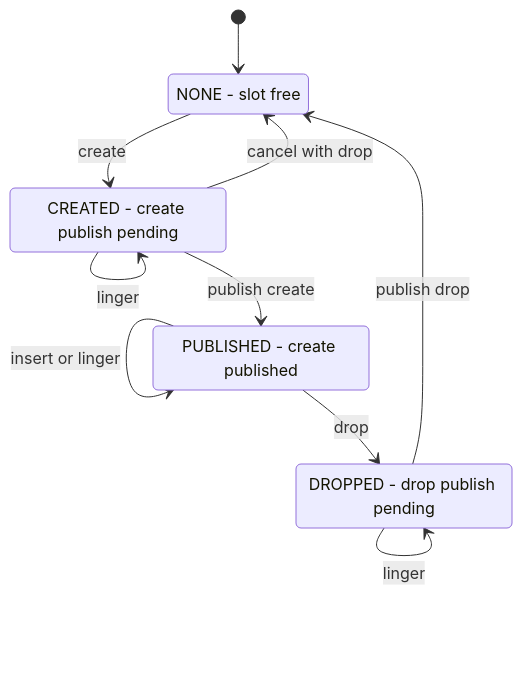
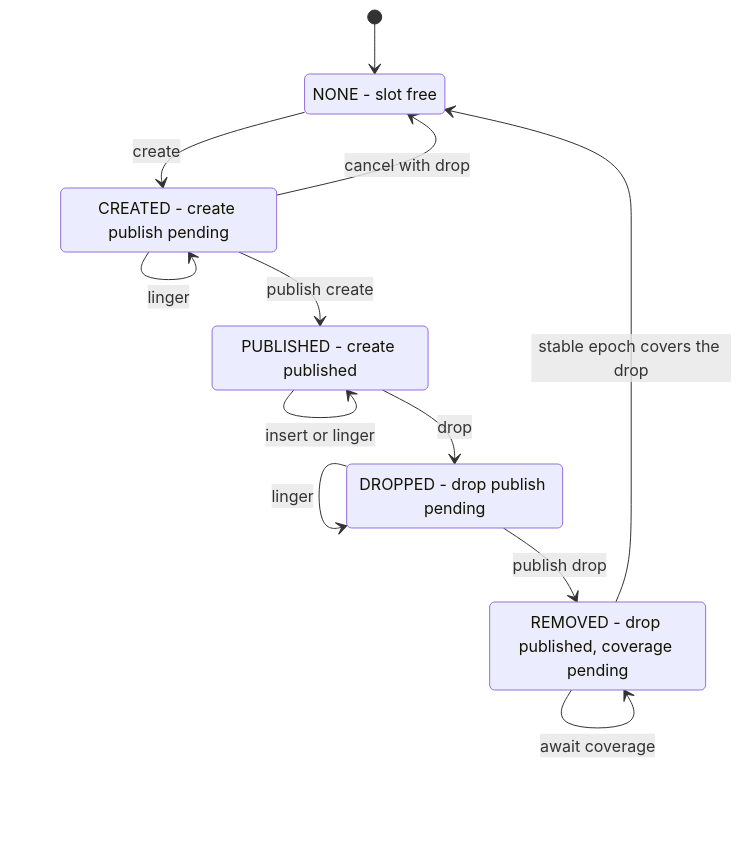
One commit to wiredtiger/wiredtiger changed the diagram in test/csuite/schema_disagg_abort/README.md. Above: the diagram before and after it, drawn with Mermaid. The commit also changed other lines of this file and 6 other files, not shown here.

Commit message:
Model the drop-coverage wait as a slot state (TABLE_REMOVED)

````diff
--- a/test/csuite/schema_disagg_abort/README.md
+++ b/test/csuite/schema_disagg_abort/README.md
@@ -47,19 +47,22 @@
 ```mermaid
 stateDiagram-v2
     direction TB
 
     state "NONE - slot free" as NONE
     state "CREATED - create publish pending" as CREATED
     state "PUBLISHED - create published" as PUBLISHED
     state "DROPPED - drop publish pending" as DROPPED
+    state "REMOVED - drop published, coverage pending" as REMOVED
 
     [*] --> NONE
     NONE --> CREATED : create
     CREATED --> CREATED : linger
     CREATED --> PUBLISHED : publish create
     CREATED --> NONE : cancel with drop
     PUBLISHED --> PUBLISHED : insert or linger
     PUBLISHED --> DROPPED : drop
     DROPPED --> DROPPED : linger
-    DROPPED --> NONE : publish drop
+    DROPPED --> REMOVED : publish drop
+    REMOVED --> REMOVED : await coverage
+    REMOVED --> NONE : stable epoch covers the drop
 ```
````
